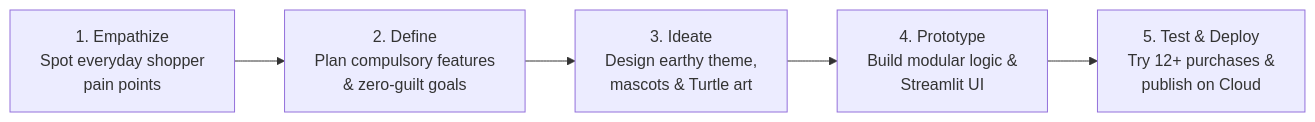
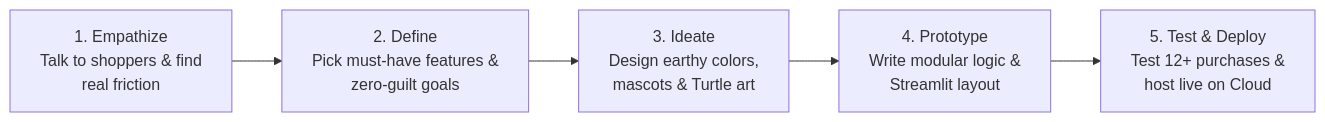
The second of 8 diagrams in README.md (parthibcpana/IDAI102-1000544-PARTH-PARVINBHAI-GAJERA-SA), drawn with Mermaid before and after one commit. The commit also changed other lines of this file, not shown here.

````diff
--- a/README.md
+++ b/README.md
@@ -68,7 +68,7 @@
 ```mermaid
 flowchart LR
-    E["1. Empathize<br>Spot everyday shopper<br>pain points"] --> D["2. Define<br>Plan compulsory features<br>& zero-guilt goals"]
-    D --> I["3. Ideate<br>Design earthy theme,<br>mascots & Turtle art"]
-    I --> P["4. Prototype<br>Build modular logic &<br>Streamlit UI"]
-    P --> T["5. Test & Deploy<br>Try 12+ purchases &<br>publish on Cloud"]
+    E["1. Empathize<br>Talk to shoppers & find<br>real friction"] --> D["2. Define<br>Pick must-have features &<br>zero-guilt goals"]
+    D --> I["3. Ideate<br>Design earthy colors,<br>mascots & Turtle art"]
+    I --> P["4. Prototype<br>Write modular logic &<br>Streamlit layout"]
+    P --> T["5. Test & Deploy<br>Test 12+ purchases &<br>host live on Cloud"]
 ```
````
